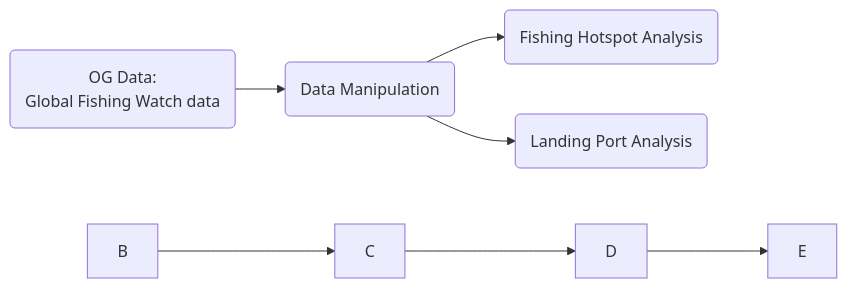
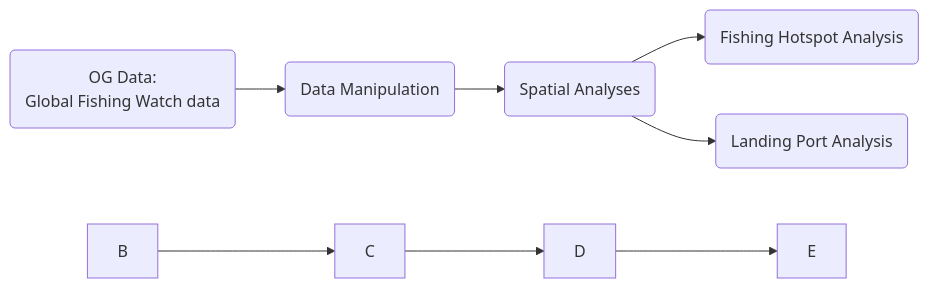
The diagram in mermaid_trial.md (cake-oh/supply-chain), drawn with Mermaid before and after one commit.

````diff
--- a/mermaid_trial.md
+++ b/mermaid_trial.md
@@ -4,12 +4,13 @@
 ``` mermaid
 flowchart LR 
 
 id1(OG Data: \nGlobal Fishing Watch data) --> id2(Data Manipulation)
-id2(Data Manipulation) --> id3(Fishing Hotspot Analysis)
-id2(Data Manipulation) --> id4(Landing Port Analysis)
+id2(Data Manipulation) --> id3(Spatial Analyses)
+id3(Spatial Analyses) --> id4(Fishing Hotspot Analysis)
+id3(Spatial Analyses) --> id5(Landing Port Analysis)
     B-->C
     C-->D
     D-->E
 
 
 ```
````
